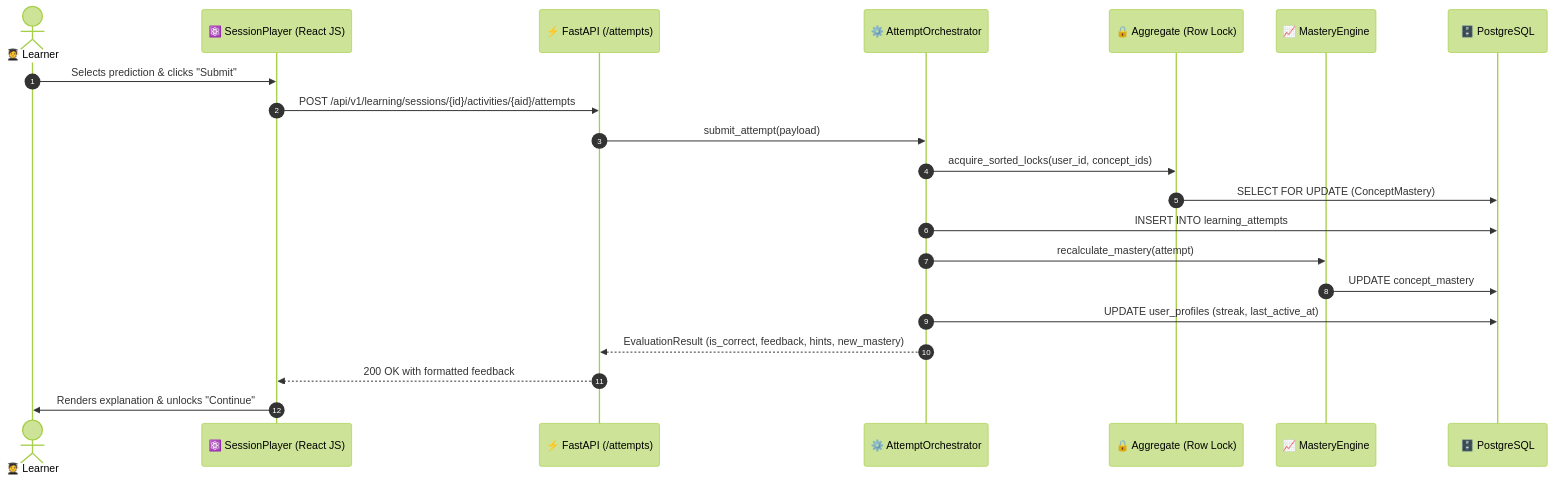
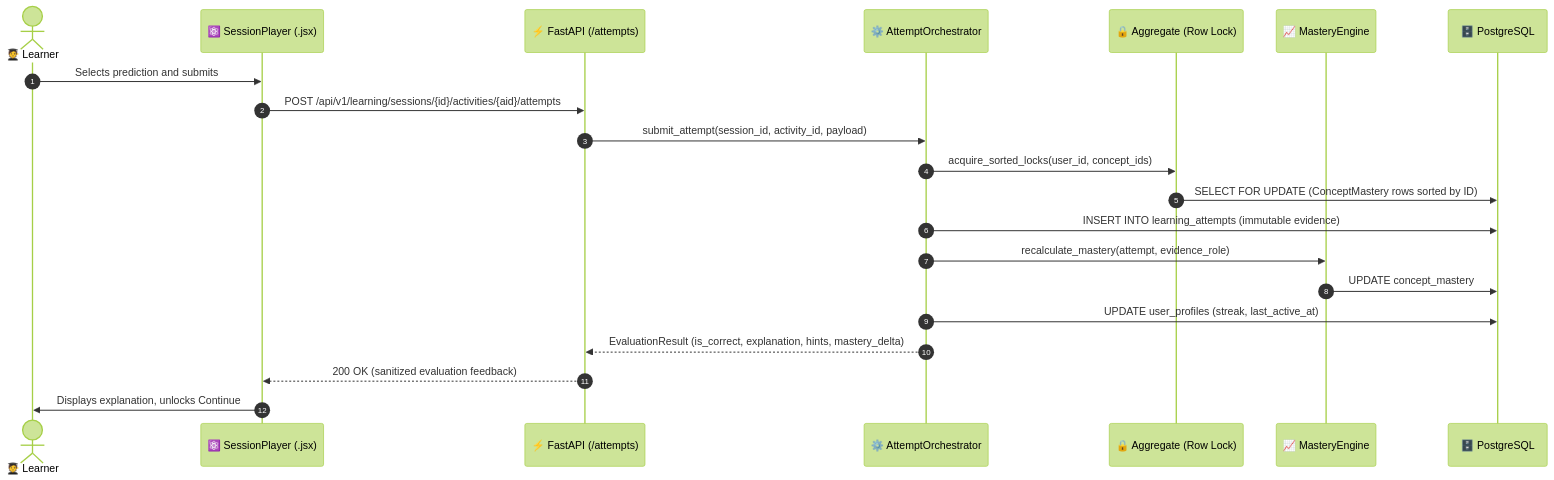
One commit to sunnyvelaga12/SentiNews-finlearn changed the third of 5 diagrams in SENTINEWS_LEARN_AZ_PROJECT_REPORT.md. Above: the diagram before and after it, drawn with Mermaid (forest theme). The commit also changed other lines of this file, not shown here.

Commit message:
docs: reconcile canonical architecture v2.1 (reconcile P0 gaps, zero-network preview, mastery invariants, 6-tier status)

````diff
--- a/SENTINEWS_LEARN_AZ_PROJECT_REPORT.md
+++ b/SENTINEWS_LEARN_AZ_PROJECT_REPORT.md
@@ -219,24 +223,24 @@
 ```mermaid
 sequenceDiagram
     autonumber
     actor Learner as 🧑‍🎓 Learner
-    participant Client as ⚛️ SessionPlayer (React JS)
+    participant Client as ⚛️ SessionPlayer (.jsx)
     participant API as ⚡ FastAPI (/attempts)
     participant Orch as ⚙️ AttemptOrchestrator
     participant Lock as 🔒 Aggregate (Row Lock)
     participant Mastery as 📈 MasteryEngine
     participant DB as 🗄️ PostgreSQL
 
-    Learner->>Client: Selects prediction & clicks "Submit"
+    Learner->>Client: Selects prediction and submits
     Client->>API: POST /api/v1/learning/sessions/{id}/activities/{aid}/attempts
-    API->>Orch: submit_attempt(payload)
+    API->>Orch: submit_attempt(session_id, activity_id, payload)
     Orch->>Lock: acquire_sorted_locks(user_id, concept_ids)
-    Lock->>DB: SELECT FOR UPDATE (ConceptMastery)
-    Orch->>DB: INSERT INTO learning_attempts
-    Orch->>Mastery: recalculate_mastery(attempt)
+    Lock->>DB: SELECT FOR UPDATE (ConceptMastery rows sorted by ID)
+    Orch->>DB: INSERT INTO learning_attempts (immutable evidence)
+    Orch->>Mastery: recalculate_mastery(attempt, evidence_role)
     Mastery->>DB: UPDATE concept_mastery
     Orch->>DB: UPDATE user_profiles (streak, last_active_at)
-    Orch-->>API: EvaluationResult (is_correct, feedback, hints, new_mastery)
-    API-->>Client: 200 OK with formatted feedback
-    Client->>Learner: Renders explanation & unlocks "Continue"
+    Orch-->>API: EvaluationResult (is_correct, explanation, hints, mastery_delta)
+    API-->>Client: 200 OK (sanitized evaluation feedback)
+    Client->>Learner: Displays explanation, unlocks Continue
 ```
````
